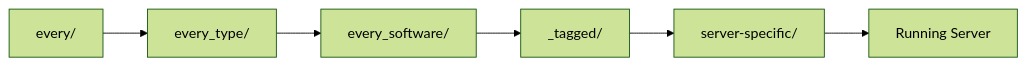
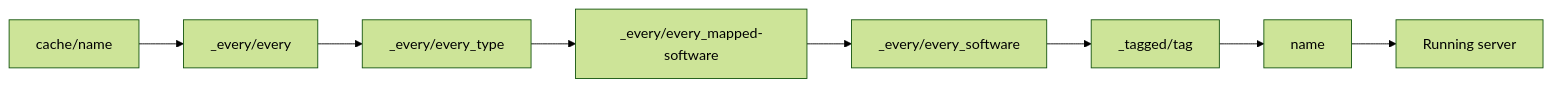
The diagram in en/manual/setup/templates.mdx (simplecloudapp/docs), drawn with Mermaid (forest theme) before and after one commit. The commit also changed other lines of this file and 46 other files, not shown here.

````diff
--- a/en/manual/setup/templates.mdx
+++ b/en/manual/setup/templates.mdx
@@ -18,8 +12,10 @@
 ```mermaid
 flowchart LR
-    A[every/] --> B[every_type/]
-    B --> C[every_software/]
-    C --> D[_tagged/]
-    D --> E[server-specific/]
-    E --> F[Running Server]
+    A[cache/name] --> B[_every/every]
+    B --> C[_every/every_type]
+    C --> D[_every/every_mapped-software]
+    D --> E[_every/every_software]
+    E --> F[_tagged/tag]
+    F --> G[name]
+    G --> H[Running server]
 ```
````
